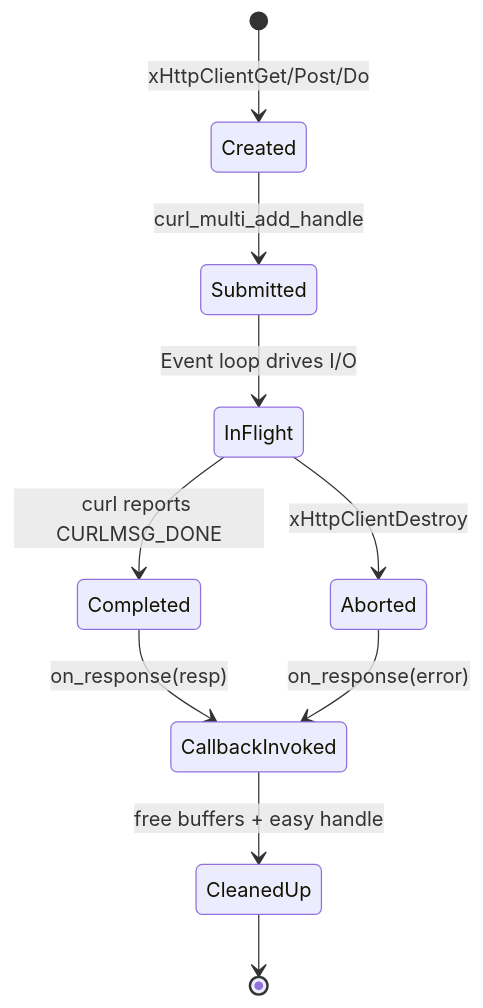
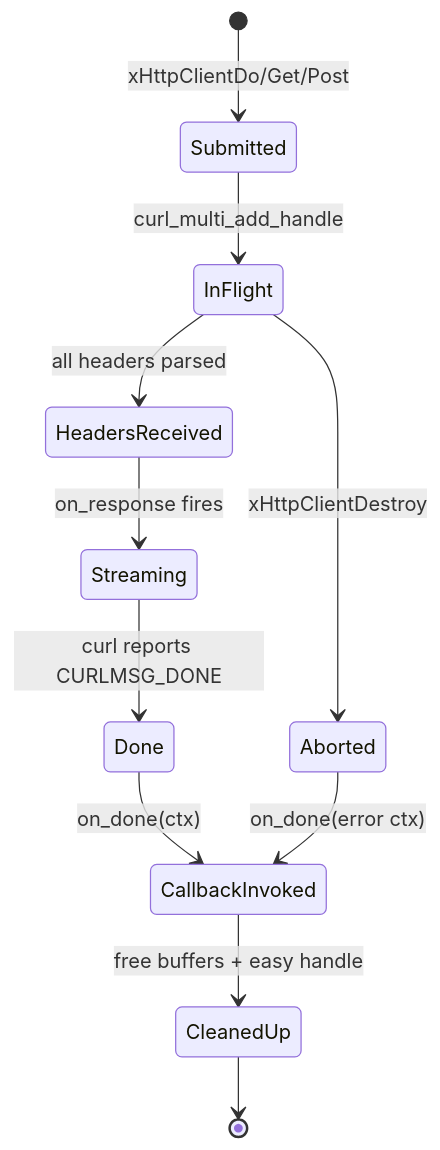
Before and after one commit to mivinci/x: the third of 3 diagrams in docs/libx/http/client.md, drawn with Mermaid. The commit also changed other lines of this file and 6 other files, not shown here.

First line of the commit message:
Rewrite all HTTP module docs for unified xHttpCtx API

````diff
--- a/docs/libx/http/client.md
+++ b/docs/libx/http/client.md
@@ -356,13 +489,14 @@
 ```mermaid
 stateDiagram-v2
-    [*] --> Created: xHttpClientGet/Post/Do
-    Created --> Submitted: curl_multi_add_handle
-    Submitted --> InFlight: Event loop drives I/O
-    InFlight --> Completed: curl reports CURLMSG_DONE
-    Completed --> CallbackInvoked: on_response(resp)
+    [*] --> Submitted: xHttpClientDo/Get/Post
+    Submitted --> InFlight: curl_multi_add_handle
+    InFlight --> HeadersReceived: all headers parsed
+    HeadersReceived --> Streaming: on_response fires
+    Streaming --> Done: curl reports CURLMSG_DONE
+    Done --> CallbackInvoked: on_done(ctx)
     CallbackInvoked --> CleanedUp: free buffers + easy handle
     CleanedUp --> [*]
 
     InFlight --> Aborted: xHttpClientDestroy
-    Aborted --> CallbackInvoked: on_response(error)
+    Aborted --> CallbackInvoked: on_done(error ctx)
 ```
````
